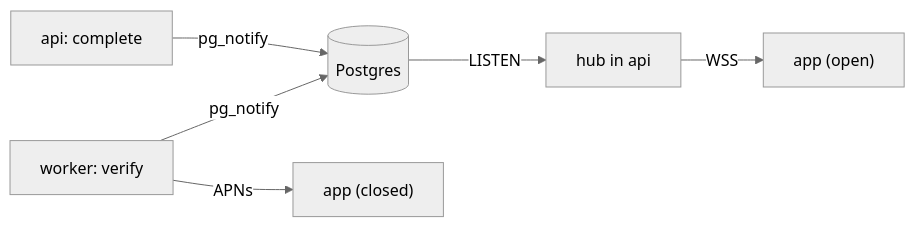
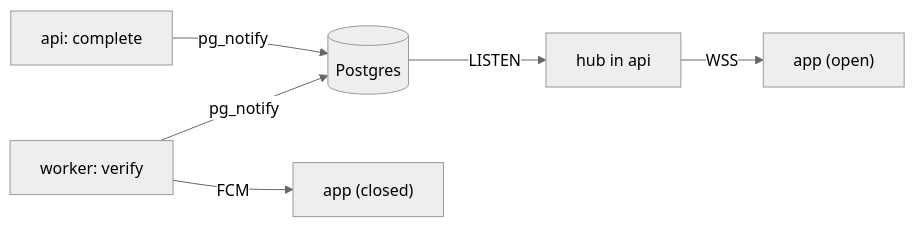
One commit to DAMHONGDUC/site-log-be changed the diagram in docs/feature-guide/S8-realtime-push/README.md. Above: the diagram before and after it, drawn with Mermaid (neutral theme). The commit also changed other lines of this file, not shown here.

````diff
--- a/docs/feature-guide/S8-realtime-push/README.md
+++ b/docs/feature-guide/S8-realtime-push/README.md
@@ -32,7 +32,7 @@
 ```mermaid
 flowchart LR
     API["api: complete"] -->|"pg_notify"| PG[("Postgres")]
     W["worker: verify"] -->|"pg_notify"| PG
     PG -->|"LISTEN"| Hub["hub in api"] -->|"WSS"| App["app (open)"]
-    W -->|"APNs"| Phone["app (closed)"]
+    W -->|"FCM"| Phone["app (closed)"]
 ```
````
